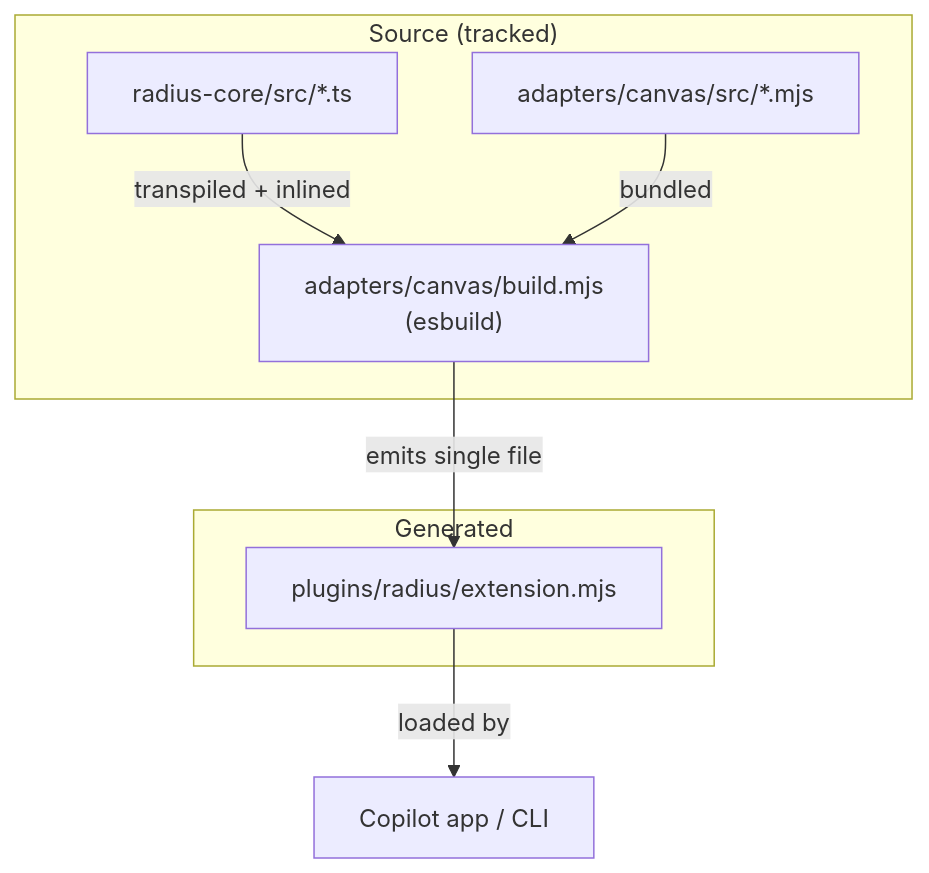
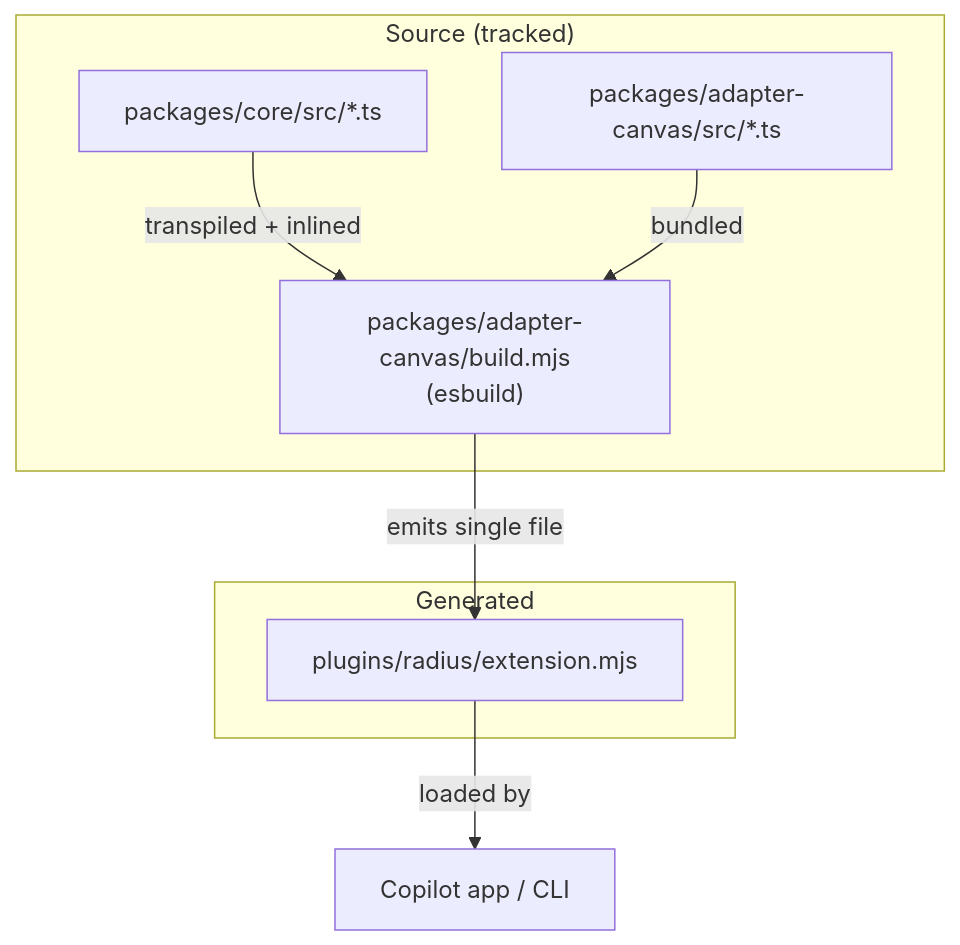
The fourth of 5 diagrams in .github/skills/radius-architecture-documenter/references/mermaid-patterns.md (radius-project/ai-extensions), drawn with Mermaid before and after one commit. The commit also changed other lines of this file and 34 other files, not shown here.

````diff
--- a/.github/skills/radius-architecture-documenter/references/mermaid-patterns.md
+++ b/.github/skills/radius-architecture-documenter/references/mermaid-patterns.md
@@ -74,17 +74,17 @@
 ```mermaid
 graph TD
     subgraph Source["Source (tracked)"]
-        CoreTS["radius-core/src/*.ts"]
-        CanvasSrc["adapters/canvas/src/*.mjs"]
-        Build["adapters/canvas/build.mjs<br/>(esbuild)"]
+        CoreTS["packages/core/src/*.ts"]
+        CanvasSrc["packages/adapter-canvas/src/*.ts"]
+        Build["packages/adapter-canvas/build.mjs<br/>(esbuild)"]
     end
 
     subgraph Output["Generated"]
         Bundle["plugins/radius/extension.mjs"]
     end
 
     CoreTS -->|transpiled + inlined| Build
     CanvasSrc -->|bundled| Build
     Build -->|emits single file| Bundle
     Bundle -->|loaded by| App["Copilot app / CLI"]
 ```
````
